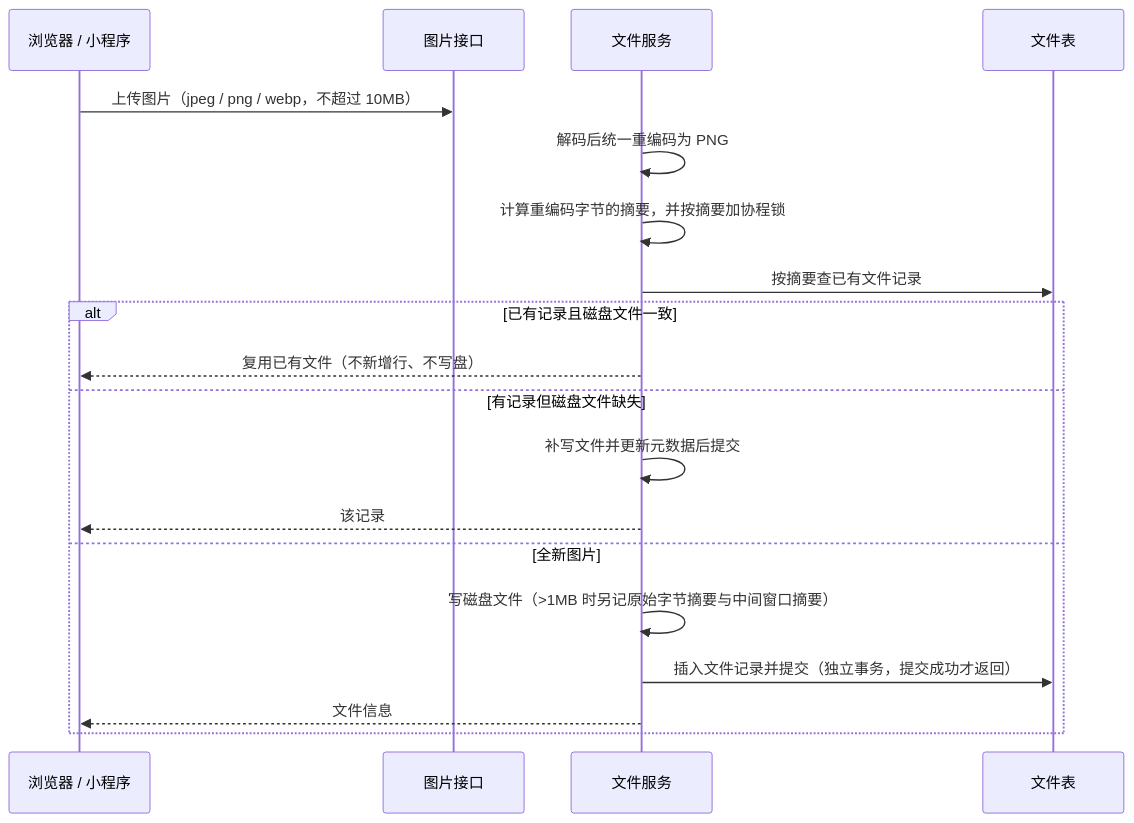
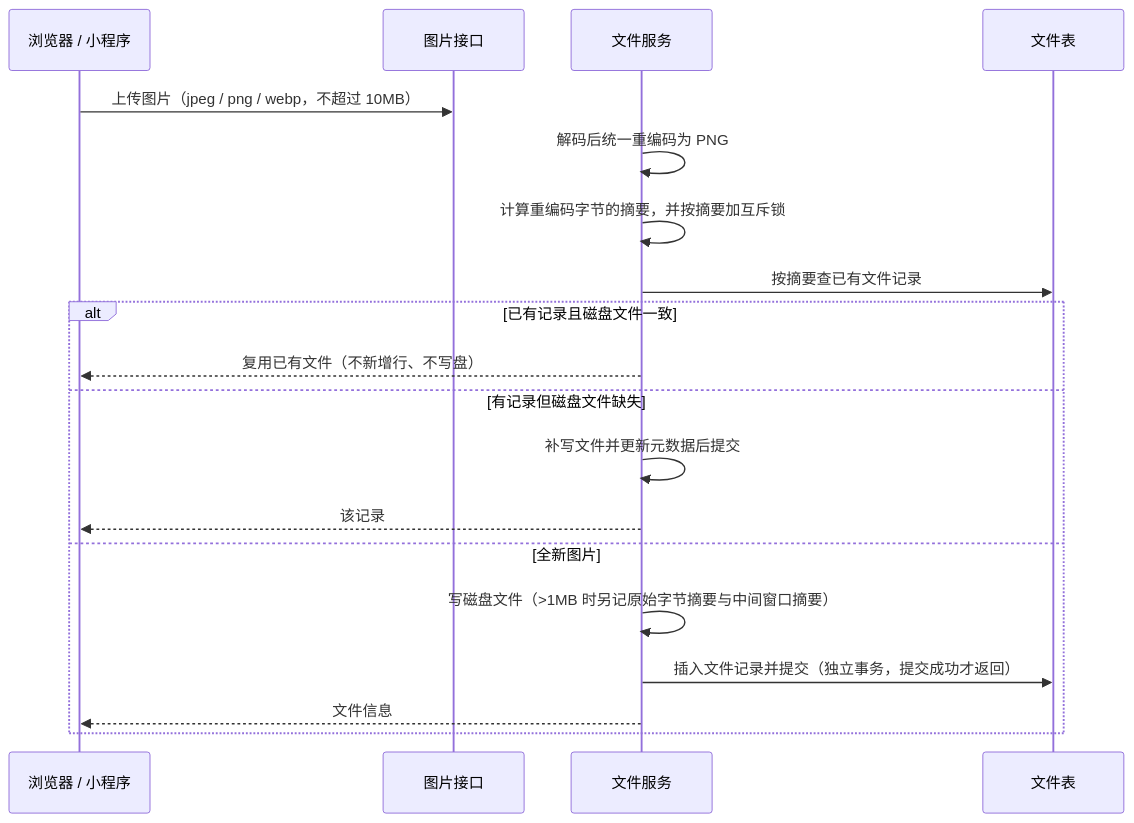
Before and after one commit to Sakana-1314/Electrical-Manager: diagram 20 of 31 in docs/websites/pages/dev-flows.md, drawn with Mermaid. The commit also changed other lines of this file and 329 other files, not shown here.

````diff
--- a/docs/websites/pages/dev-flows.md
+++ b/docs/websites/pages/dev-flows.md
@@ -331,21 +331,21 @@
 ```mermaid
 sequenceDiagram
     participant U as 浏览器 / 小程序
     participant API as 图片接口
     participant FS as 文件服务
     participant DB as 文件表
     U->>API: 上传图片（jpeg / png / webp，不超过 10MB）
     FS->>FS: 解码后统一重编码为 PNG
-    FS->>FS: 计算重编码字节的摘要，并按摘要加协程锁
+    FS->>FS: 计算重编码字节的摘要，并按摘要加互斥锁
     FS->>DB: 按摘要查已有文件记录
     alt 已有记录且磁盘文件一致
         FS-->>U: 复用已有文件（不新增行、不写盘）
     else 有记录但磁盘文件缺失
         FS->>FS: 补写文件并更新元数据后提交
         FS-->>U: 该记录
     else 全新图片
         FS->>FS: 写磁盘文件（>1MB 时另记原始字节摘要与中间窗口摘要）
         FS->>DB: 插入文件记录并提交（独立事务，提交成功才返回）
         FS-->>U: 文件信息
     end
 ```
````
